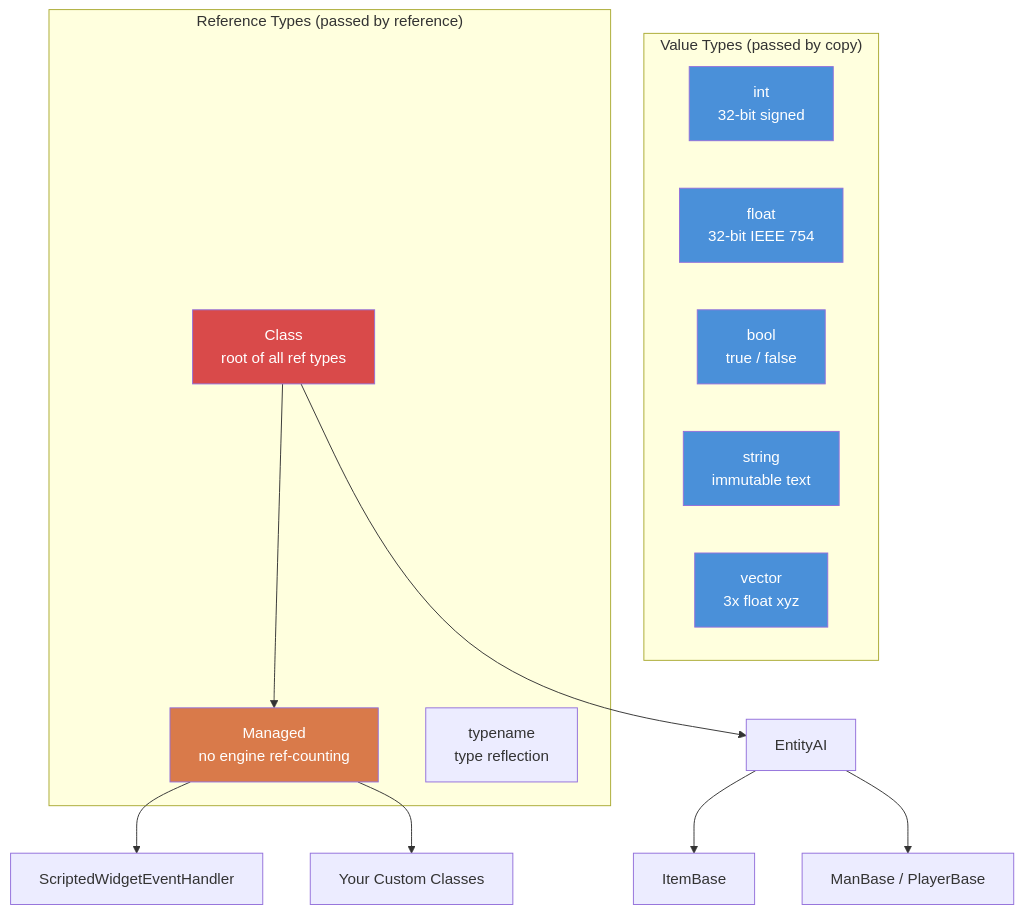
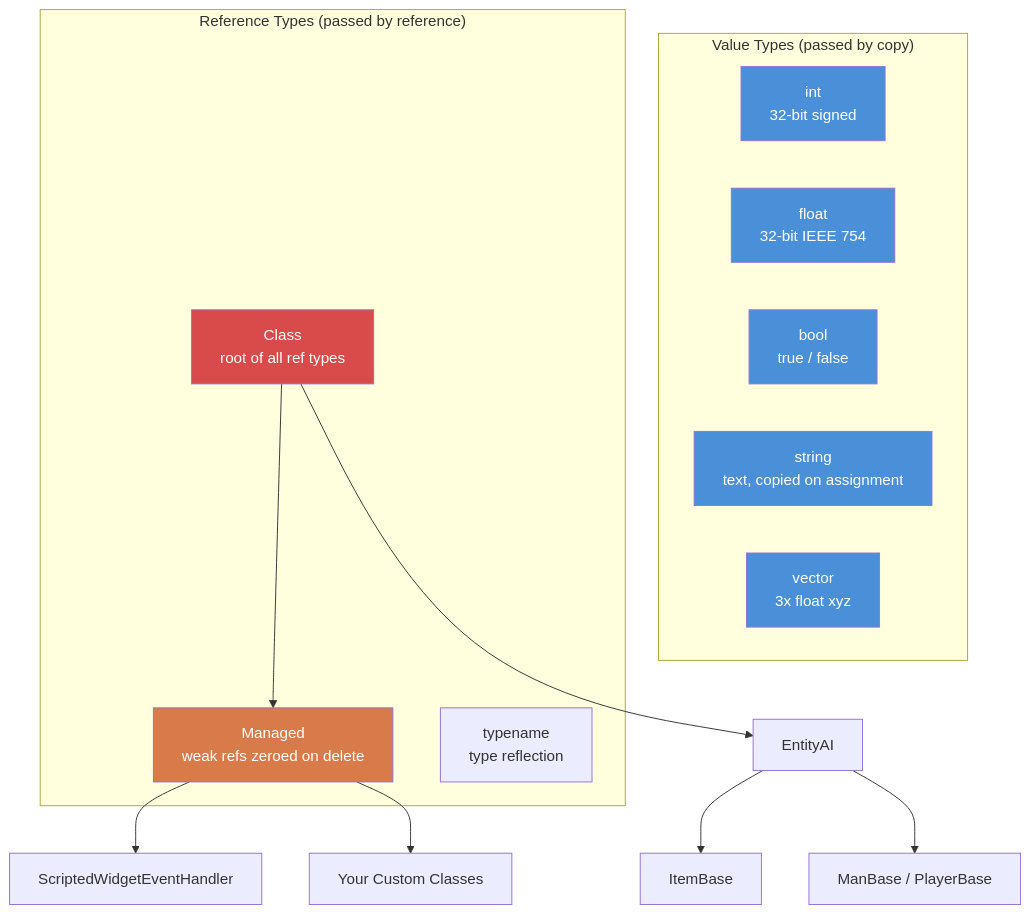
One commit to Da4EvaN00b/DayZ-Modding-Wiki changed the diagram in en/01-enforce-script/01-variables-types.md. Above: the diagram before and after it, drawn with Mermaid. The commit also changed other lines of this file and 104 other files, not shown here.

````diff
--- a/en/01-enforce-script/01-variables-types.md
+++ b/en/01-enforce-script/01-variables-types.md
@@ -23,31 +43,31 @@
 ```mermaid
 graph TD
     subgraph "Value Types (passed by copy)"
         INT[int<br/>32-bit signed]
         FLOAT[float<br/>32-bit IEEE 754]
         BOOL[bool<br/>true / false]
-        STRING[string<br/>immutable text]
+        STRING[string<br/>text, copied on assignment]
         VECTOR[vector<br/>3x float xyz]
     end
 
     subgraph "Reference Types (passed by reference)"
         CLASS[Class<br/>root of all ref types]
-        MANAGED[Managed<br/>no engine ref-counting]
+        MANAGED[Managed<br/>weak refs zeroed on delete]
         TYPENAME[typename<br/>type reflection]
     end
 
     CLASS --> MANAGED
     CLASS --> ENTITYAI[EntityAI]
     ENTITYAI --> ITEMBASE[ItemBase]
     ENTITYAI --> MANBASE[ManBase / PlayerBase]
     MANAGED --> SCRIPTHANDLER[ScriptedWidgetEventHandler]
     MANAGED --> CUSTOMCLASS[Your Custom Classes]
 
     style INT fill:#4A90D9,color:#fff
     style FLOAT fill:#4A90D9,color:#fff
     style BOOL fill:#4A90D9,color:#fff
     style STRING fill:#4A90D9,color:#fff
     style VECTOR fill:#4A90D9,color:#fff
     style CLASS fill:#D94A4A,color:#fff
     style MANAGED fill:#D97A4A,color:#fff
 ```
````
